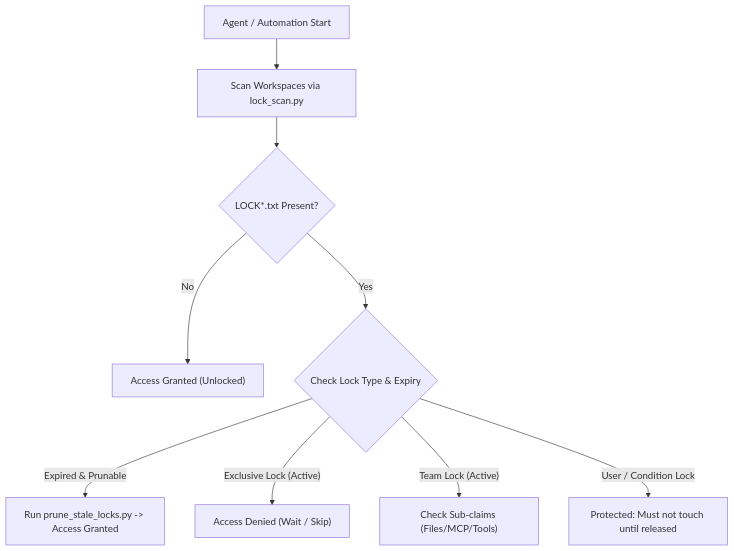
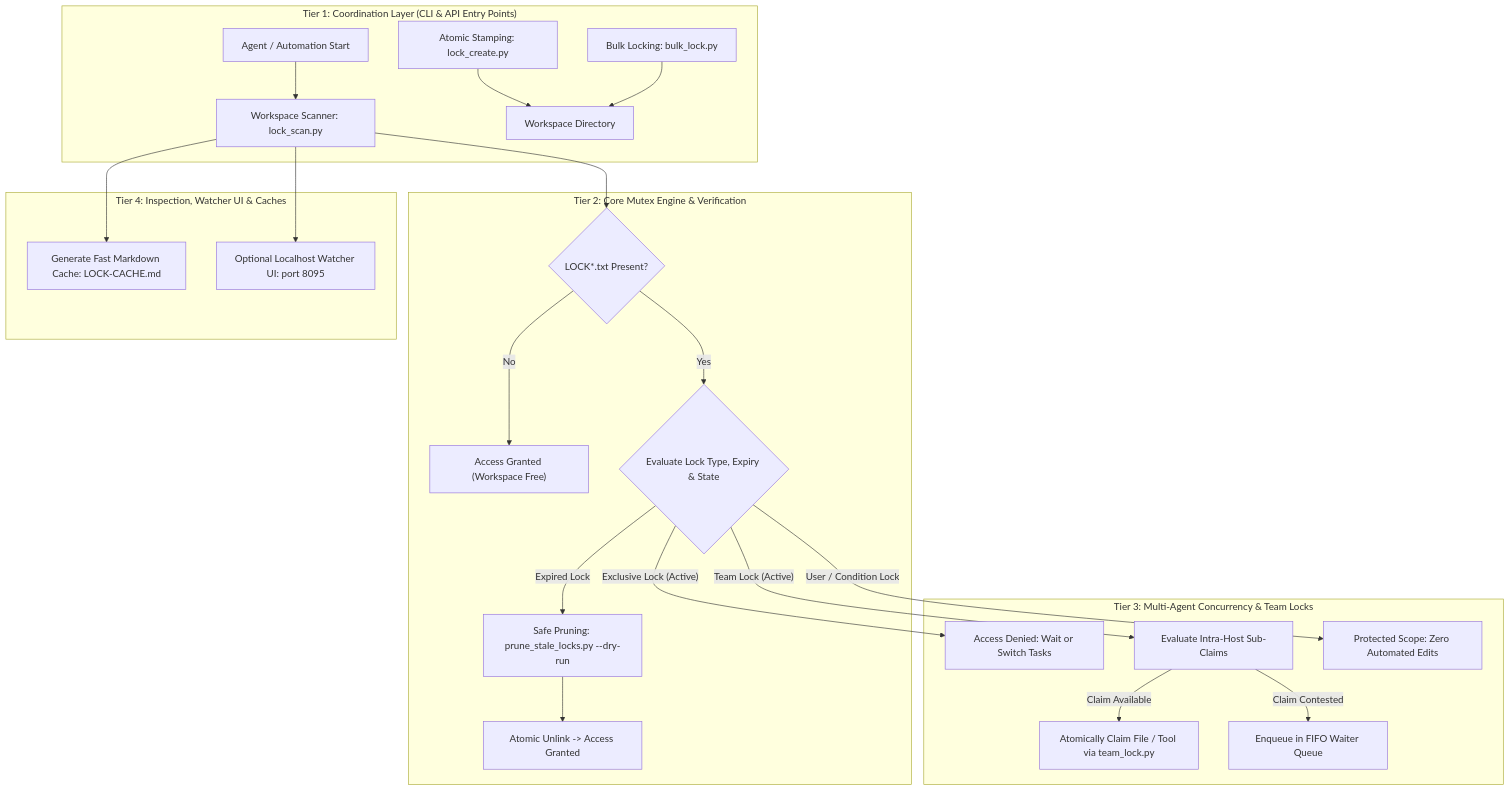
The first of 2 diagrams in README.md (ellmos-ai/lock-master), drawn with Mermaid before and after one commit. The commit also changed other lines of this file and 8 other files, not shown here.

Commit message:
docs: 18-point bilingual navigation, visual architecture, Level 1 SBOM, and Pfad B discoverability overhaul

````diff
--- a/README.md
+++ b/README.md
@@ -79,11 +73,29 @@
 ```mermaid
-graph TD
-    A["Agent / Automation Start"] --> B["Scan Workspaces via lock_scan.py"]
-    B --> C{"LOCK*.txt Present?"}
-    C -- "No" --> D["Access Granted (Unlocked)"]
-    C -- "Yes" --> E{"Check Lock Type & Expiry"}
-    E -- "Expired & Prunable" --> F["Run prune_stale_locks.py -> Access Granted"]
-    E -- "Exclusive Lock (Active)" --> G["Access Denied (Wait / Skip)"]
-    E -- "Team Lock (Active)" --> H["Check Sub-claims (Files/MCP/Tools)"]
-    E -- "User / Condition Lock" --> I["Protected: Must not touch until released"]
+flowchart TD
+    subgraph T1["Tier 1: Coordination Layer (CLI & API Entry Points)"]
+        A["Agent / Automation Start"] --> B["Workspace Scanner: lock_scan.py"]
+        C["Atomic Stamping: lock_create.py"] --> D["Workspace Directory"]
+        E["Bulk Locking: bulk_lock.py"] --> D
+    end
+
+    subgraph T2["Tier 2: Core Mutex Engine & Verification"]
+        B --> F{"LOCK*.txt Present?"}
+        F -- "No" --> G["Access Granted (Workspace Free)"]
+        F -- "Yes" --> H{"Evaluate Lock Type, Expiry & State"}
+        H -- "Expired Lock" --> I["Safe Pruning: prune_stale_locks.py --dry-run"]
+        I --> J["Atomic Unlink -> Access Granted"]
+    end
+
+    subgraph T3["Tier 3: Multi-Agent Concurrency & Team Locks"]
+        H -- "Exclusive Lock (Active)" --> K["Access Denied: Wait or Switch Tasks"]
+        H -- "Team Lock (Active)" --> L["Evaluate Intra-Host Sub-Claims"]
+        L -- "Claim Available" --> M["Atomically Claim File / Tool via team_lock.py"]
+        L -- "Claim Contested" --> N["Enqueue in FIFO Waiter Queue"]
+        H -- "User / Condition Lock" --> O["Protected Scope: Zero Automated Edits"]
+    end
+
+    subgraph T4["Tier 4: Inspection, Watcher UI & Caches"]
+        B --> P["Generate Fast Markdown Cache: LOCK-CACHE.md"]
+        B --> Q["Optional Localhost Watcher UI: port 8095"]
+    end
 ```
````
